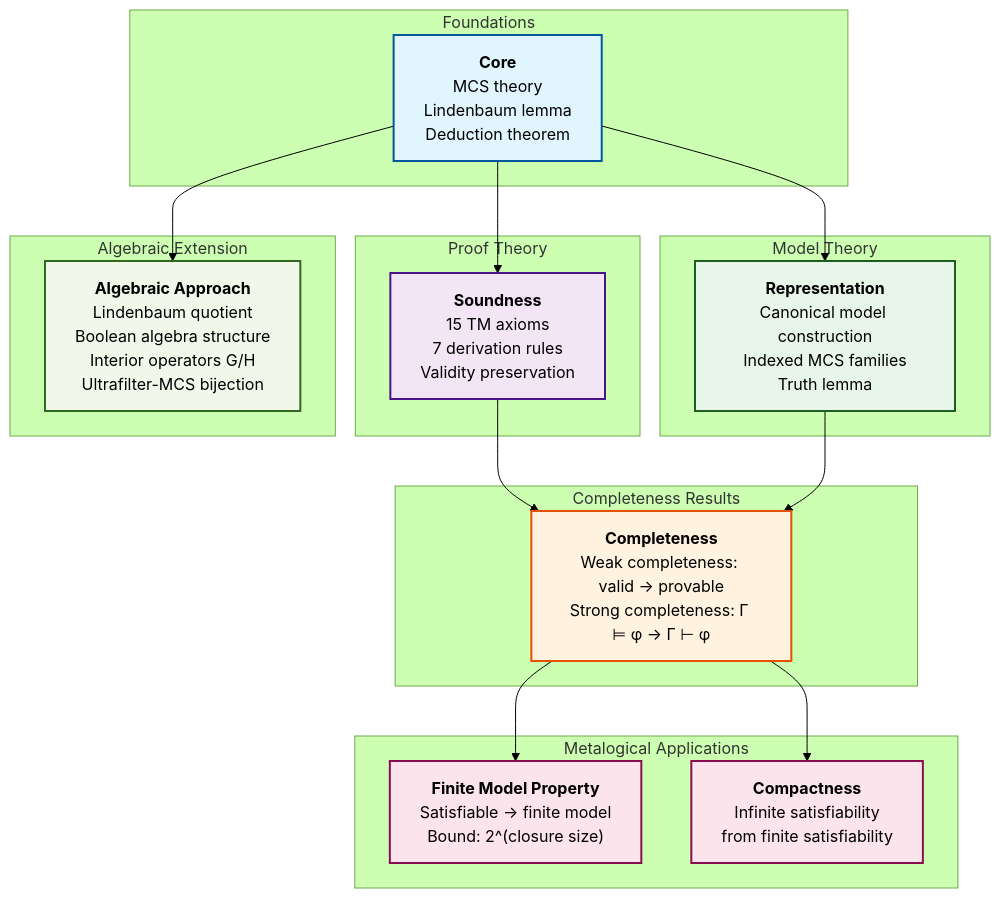
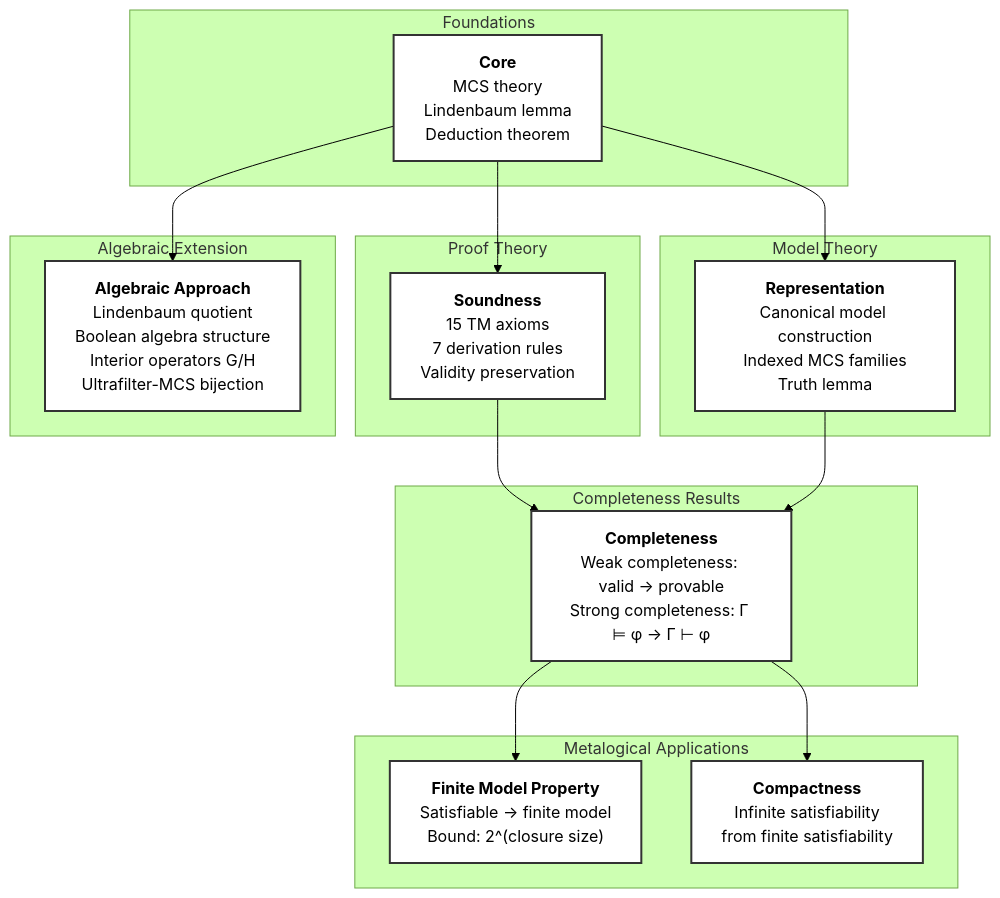
One commit to benbrastmckie/ProofChecker changed the diagram in Theories/Bimodal/Metalogic/README.md. Above: the diagram before and after it, drawn with Mermaid (forest theme).

Commit message:
docs: simplify Mermaid diagram styling for readability
Replace colorful childish styling with clean professional look:
- White backgrounds with dark borders
- Black text for maximum readability
- Consistent styling across all nodes
- Remove distracting color schemes

````diff
--- a/Theories/Bimodal/Metalogic/README.md
+++ b/Theories/Bimodal/Metalogic/README.md
@@ -110,68 +110,56 @@
 ```mermaid
 flowchart TD
     subgraph Foundations
         Core["`**Core**
         MCS theory
         Lindenbaum lemma
         Deduction theorem`"]
     end
 
     subgraph ProofTheory["Proof Theory"]
         Soundness["`**Soundness**
         15 TM axioms
         7 derivation rules
         Validity preservation`"]
     end
 
     subgraph ModelTheory["Model Theory"]
         Representation["`**Representation**
         Canonical model construction
         Indexed MCS families
         Truth lemma`"]
     end
 
     subgraph CompletenessResults["Completeness Results"]
         Completeness["`**Completeness**
         Weak completeness: valid → provable
         Strong completeness: Γ ⊨ φ → Γ ⊢ φ`"]
     end
 
     subgraph MetalogicalApplications["Metalogical Applications"]
         FMP["`**Finite Model Property**
         Satisfiable → finite model
         Bound: 2^(closure size)`"]
         Compactness["`**Compactness**
         Infinite satisfiability
         from finite satisfiability`"]
     end
 
     subgraph AlgebraicExtension["Algebraic Extension"]
         Algebraic["`**Algebraic Approach**
         Lindenbaum quotient
         Boolean algebra structure
         Interior operators G/H
         Ultrafilter-MCS bijection`"]
     end
 
     Core --> Soundness
     Core --> Representation
     Soundness --> Completeness
     Representation --> Completeness
     Completeness --> FMP
     Completeness --> Compactness
     Core --> Algebraic
 
-    classDef foundationStyle fill:#e1f5ff,stroke:#01579b,stroke-width:2px
-    classDef proofStyle fill:#f3e5f5,stroke:#4a148c,stroke-width:2px
-    classDef modelStyle fill:#e8f5e9,stroke:#1b5e20,stroke-width:2px
-    classDef completenessStyle fill:#fff3e0,stroke:#e65100,stroke-width:2px
-    classDef applicationStyle fill:#fce4ec,stroke:#880e4f,stroke-width:2px
-    classDef algebraicStyle fill:#f1f8e9,stroke:#33691e,stroke-width:2px
-
-    class Core foundationStyle
-    class Soundness proofStyle
-    class Representation modelStyle
-    class Completeness completenessStyle
-    class FMP,Compactness applicationStyle
-    class Algebraic algebraicStyle
+    classDef default fill:#fff,stroke:#333,stroke-width:2px,color:#000
 ```
````
